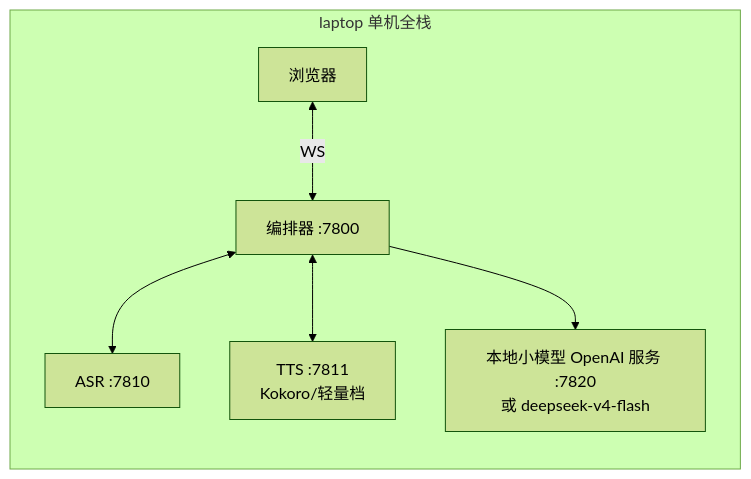
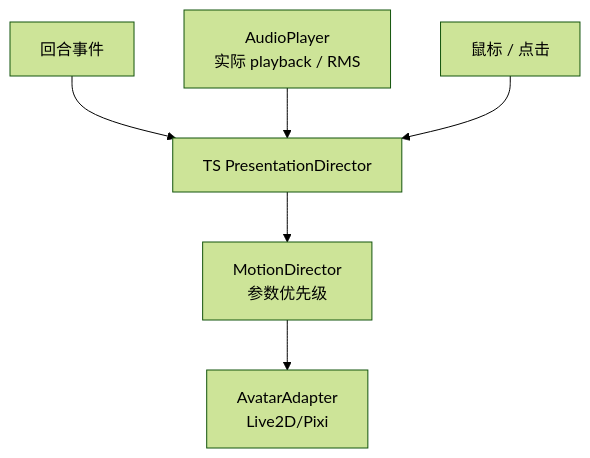
The second of 5 diagrams in docs/01-architecture/system.md (Momoyeyu/momo), drawn with Mermaid (forest theme) before and after one commit. The commit also changed other lines of this file and 122 other files, not shown here.

````diff
--- a/docs/01-architecture/system.md
+++ b/docs/01-architecture/system.md
@@ -83,13 +26,7 @@
 ```mermaid
-flowchart LR
-    subgraph LAP2["laptop 单机全栈"]
-        B2["浏览器"]
-        O2["编排器 :7800"]
-        A2["ASR :7810"]
-        T2["TTS :7811<br/>Kokoro/轻量档"]
-        L2["本地小模型 OpenAI 服务 :7820<br/>或 deepseek-v4-flash"]
-    end
-    B2 <-->|"WS"| O2
-    O2 <--> A2 & T2
-    O2 --> L2
+flowchart TB
+    EVENTS["回合事件"] --> DIRECTOR["TS PresentationDirector"]
+    PLAYER["AudioPlayer<br/>实际 playback / RMS"] --> DIRECTOR
+    POINTER["鼠标 / 点击"] --> DIRECTOR
+    DIRECTOR --> MOTION["MotionDirector<br/>参数优先级"] --> AVATAR["AvatarAdapter<br/>Live2D/Pixi"]
 ```
````
